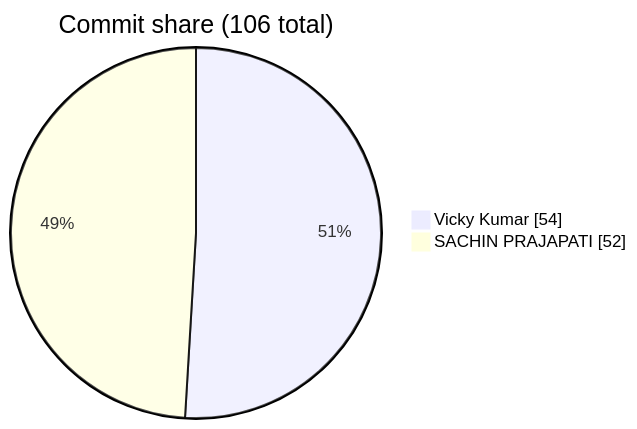
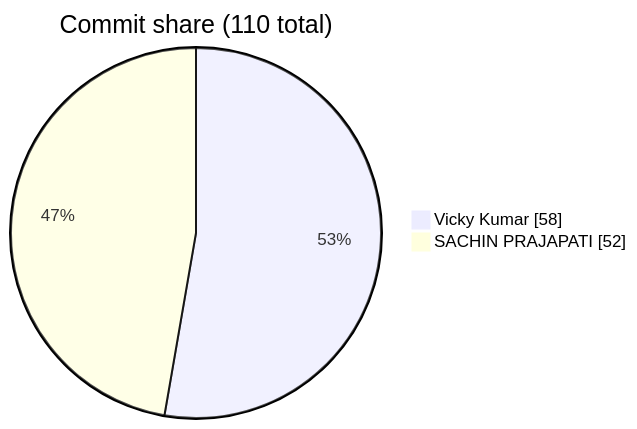
Before and after one commit to FiscalMindset/Clipo: the seventh of 7 diagrams in README.md, drawn with Mermaid.

Commit message:
docs(readme): auto-update contributor stats and star history

````diff
--- a/README.md
+++ b/README.md
@@ -752,5 +752,5 @@
 ```mermaid
-pie showData title Commit share (106 total)
-    "Vicky Kumar" : 54
+pie showData title Commit share (110 total)
+    "Vicky Kumar" : 58
     "SACHIN PRAJAPATI" : 52
 ```
````
